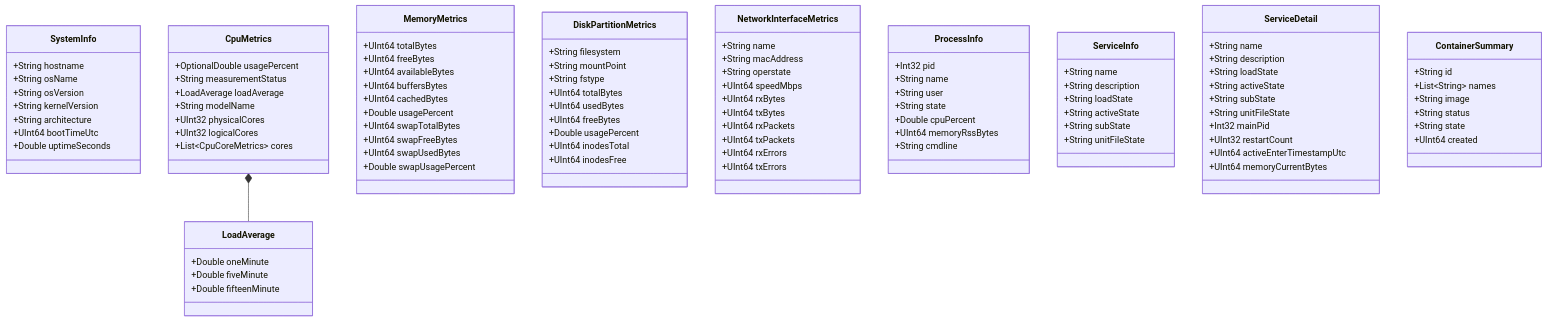
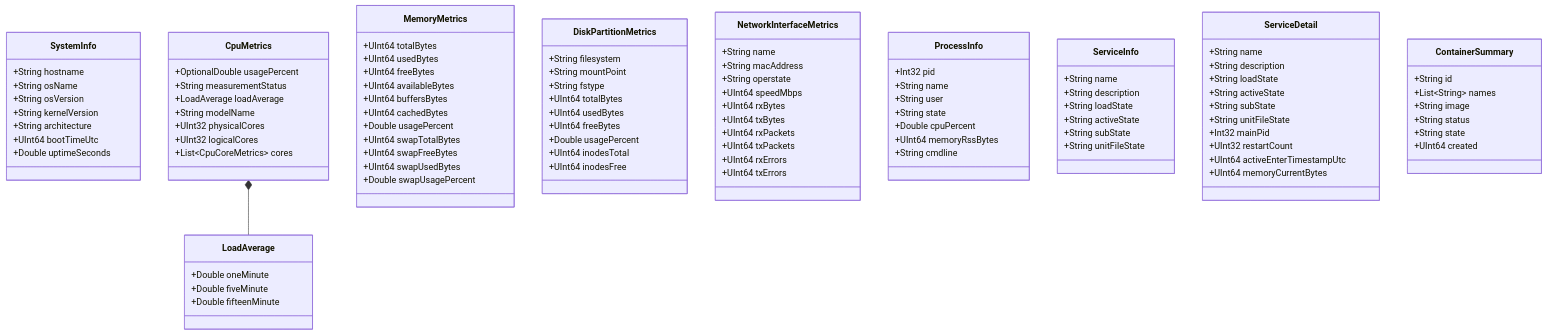
The diagram in docs/domain/DOMAIN_MODEL.md (Devvfong/nodepulse), drawn with Mermaid before and after one commit. The commit also changed 19 other files, not shown here.

```diff
--- a/docs/domain/DOMAIN_MODEL.md
+++ b/docs/domain/DOMAIN_MODEL.md
@@ -36,6 +36,7 @@
 
     class MemoryMetrics {
         +UInt64 totalBytes
+        +UInt64 usedBytes
         +UInt64 freeBytes
         +UInt64 availableBytes
         +UInt64 buffersBytes
```
